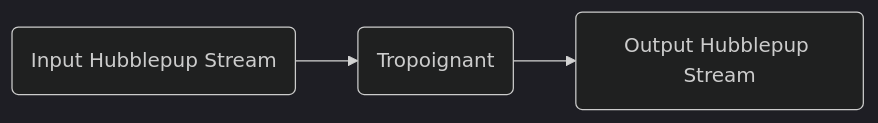
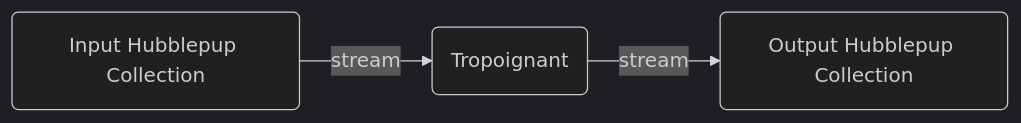
The first of 6 diagrams in packages/open-schema-type-script/README.md (rachidlamouri/testing-platform), drawn with Mermaid (dark theme) before and after one commit. The commit also changed other lines of this file and 4 other files, not shown here.

Commit message:
Clean up the use of the terms 'stream' and 'collection'

````diff
--- a/packages/open-schema-type-script/README.md
+++ b/packages/open-schema-type-script/README.md
@@ -62,9 +62,9 @@
 ```mermaid
 flowchart LR
-S1(Input Hubblepup Stream)
+S1(Input Hubblepup Collection)
 S2(Tropoignant)
-S3(Output Hubblepup Stream)
+S3(Output Hubblepup Collection)
 
-S1 --> S2
-S2 --> S3
+S1 -->|stream| S2
+S2 -->|stream| S3
 ```
````
